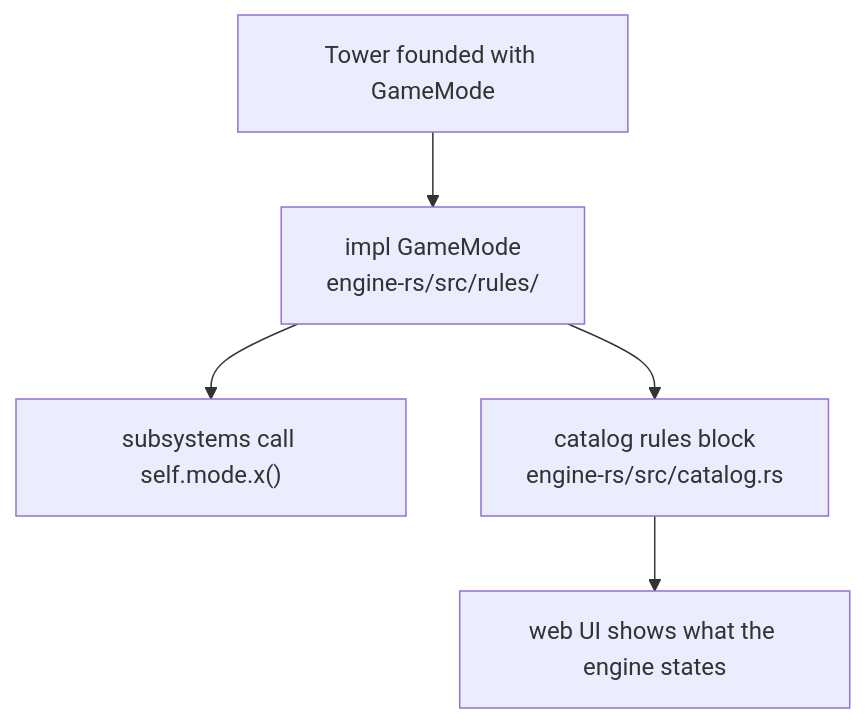
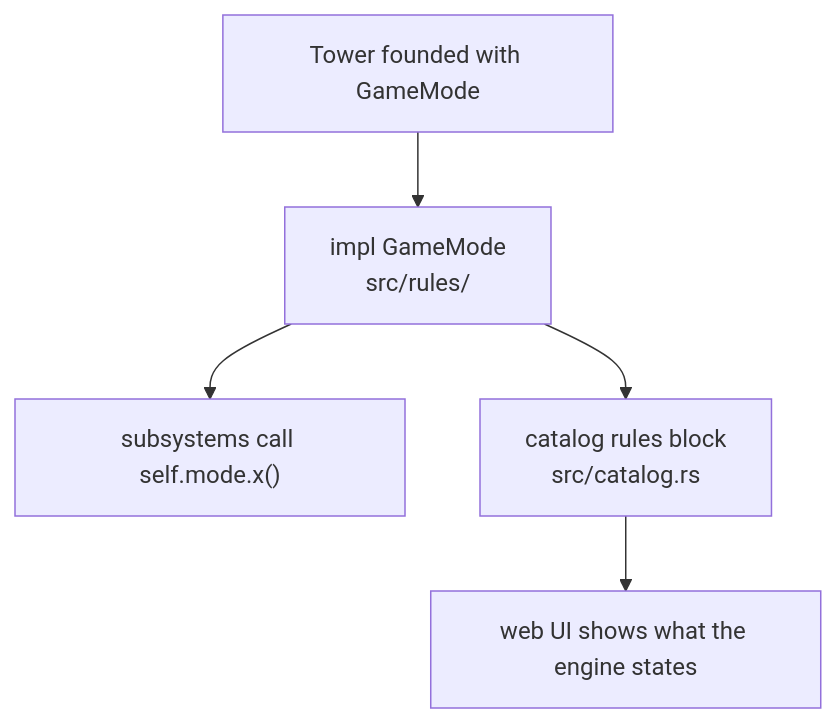
One commit to maniator/verticopolis changed the fourth of 7 diagrams in ARCHITECTURE.md. Above: the diagram before and after it, drawn with Mermaid. The commit also changed other lines of this file and 62 other files, not shown here.

````diff
--- a/ARCHITECTURE.md
+++ b/ARCHITECTURE.md
@@ -225,7 +226,7 @@
 ```mermaid
 flowchart TD
-    Found["Tower founded with GameMode"] --> Rules["impl GameMode<br/>engine-rs/src/rules/"]
+    Found["Tower founded with GameMode"] --> Rules["impl GameMode<br/>src/rules/"]
     Rules --> Sim["subsystems call self.mode.x()"]
-    Rules --> Catalog["catalog rules block<br/>engine-rs/src/catalog.rs"]
+    Rules --> Catalog["catalog rules block<br/>src/catalog.rs"]
     Catalog --> UI["web UI shows what the engine states"]
 ```
````
